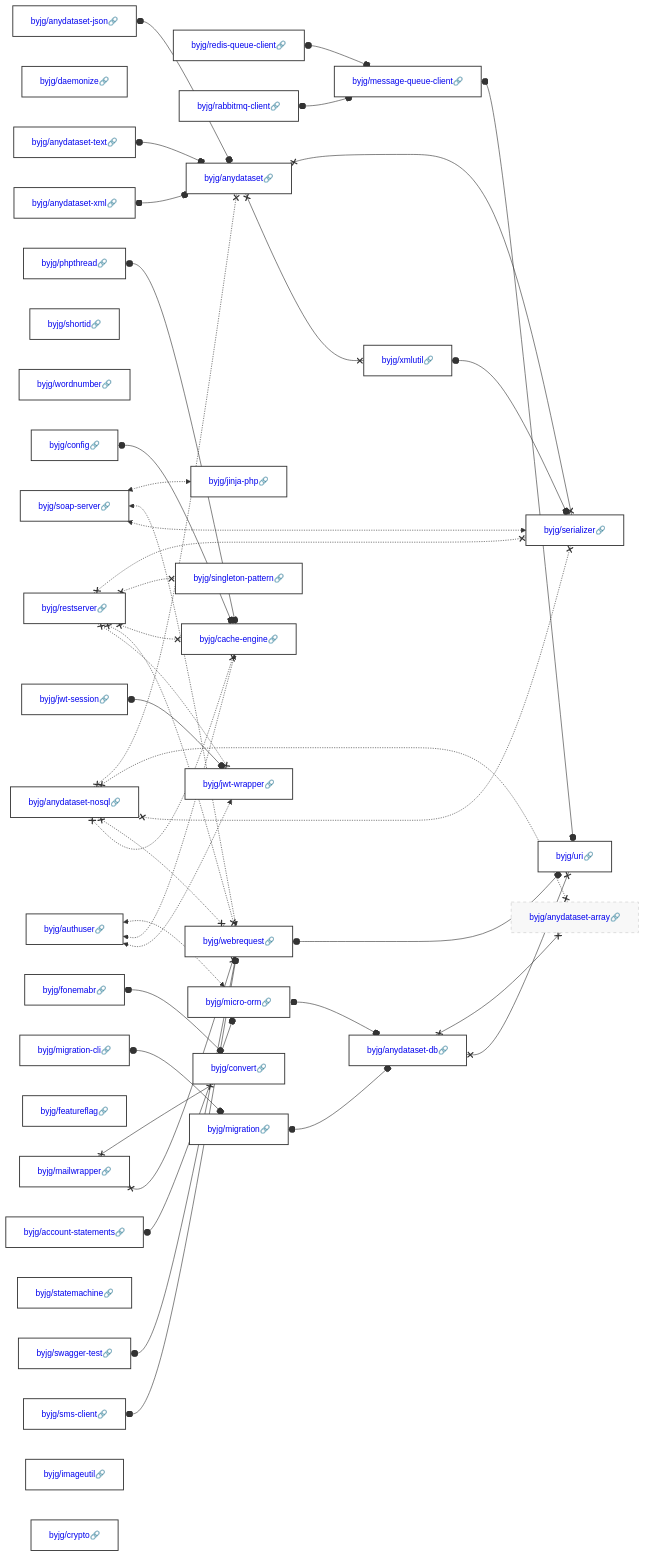
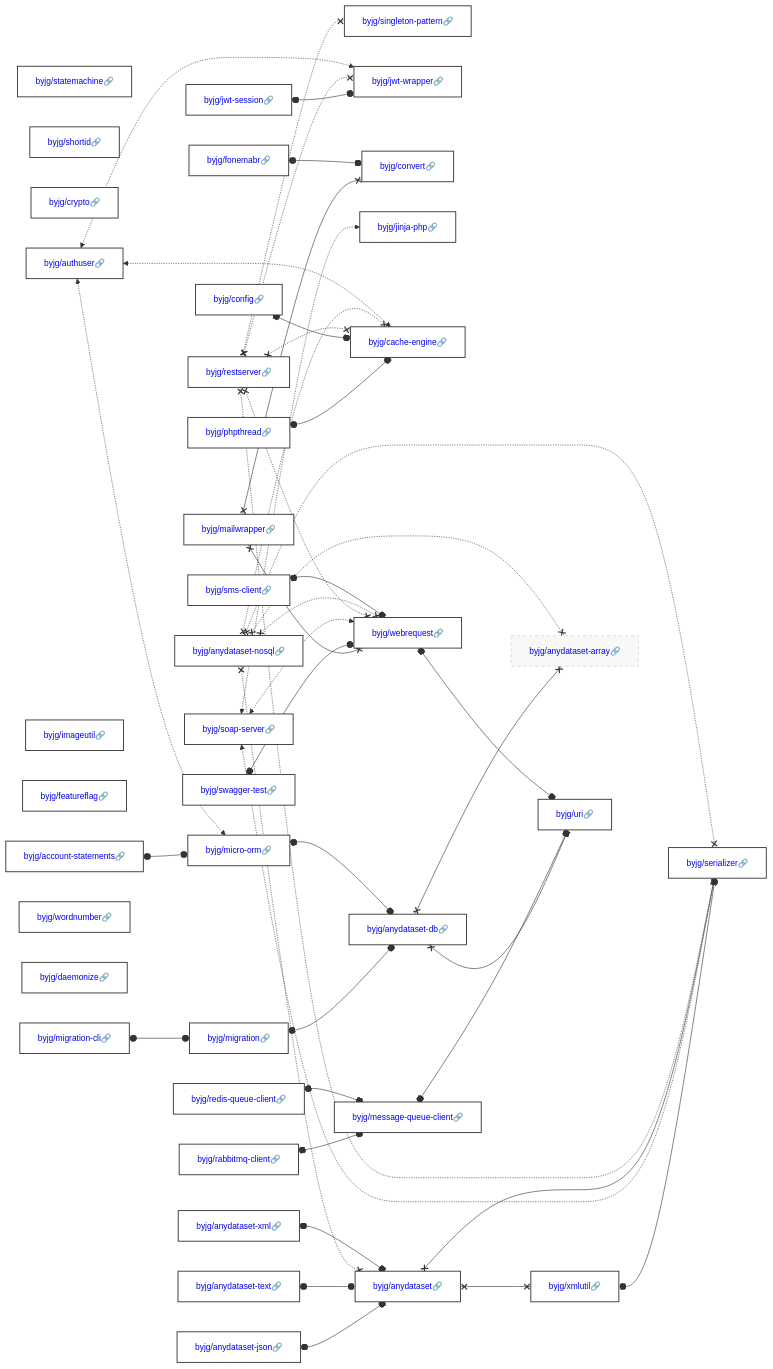
One commit to byjg/byjg.github.io changed the diagram in docs/php/README.md. Above: the diagram before and after it, drawn with Mermaid. The commit also changed other lines of this file and 13 other files, not shown here.

````diff
--- a/docs/php/README.md
+++ b/docs/php/README.md
@@ -3,39 +3,39 @@
 ```mermaid
 graph LR;
   byjg/anydataset-text[<a href='https://opensource.byjg.com/docs/php/anydataset-text' style='text-decoration:none'>byjg/anydataset-text🔗</a>];
+  byjg/statemachine[<a href='https://opensource.byjg.com/docs/php/statemachine' style='text-decoration:none'>byjg/statemachine🔗</a>];
+  byjg/phpthread[<a href='https://opensource.byjg.com/docs/php/phpthread' style='text-decoration:none'>byjg/phpthread🔗</a>];
+  byjg/shortid[<a href='https://opensource.byjg.com/docs/php/shortid' style='text-decoration:none'>byjg/shortid🔗</a>];
+  byjg/mailwrapper[<a href='https://opensource.byjg.com/docs/php/mailwrapper' style='text-decoration:none'>byjg/mailwrapper🔗</a>];
+  byjg/anydataset-json[<a href='https://opensource.byjg.com/docs/php/anydataset-json' style='text-decoration:none'>byjg/anydataset-json🔗</a>];
+  byjg/crypto[<a href='https://opensource.byjg.com/docs/php/crypto' style='text-decoration:none'>byjg/crypto🔗</a>];
+  byjg/anydataset-nosql[<a href='https://opensource.byjg.com/docs/php/anydataset-nosql' style='text-decoration:none'>byjg/anydataset-nosql🔗</a>];
+  byjg/account-statements[<a href='https://opensource.byjg.com/docs/php/account-statements' style='text-decoration:none'>byjg/account-statements🔗</a>];
+  byjg/jwt-session[<a href='https://opensource.byjg.com/docs/php/jwt-session' style='text-decoration:none'>byjg/jwt-session🔗</a>];
+  byjg/restserver[<a href='https://opensource.byjg.com/docs/php/restserver' style='text-decoration:none'>byjg/restserver🔗</a>];
+  byjg/rabbitmq-client[<a href='https://opensource.byjg.com/docs/php/rabbitmq-client' style='text-decoration:none'>byjg/rabbitmq-client🔗</a>];
+  byjg/imageutil[<a href='https://opensource.byjg.com/docs/php/imageutil' style='text-decoration:none'>byjg/imageutil🔗</a>];
+  byjg/featureflag[<a href='https://opensource.byjg.com/docs/php/featureflag' style='text-decoration:none'>byjg/featureflag🔗</a>];
+  byjg/swagger-test[<a href='https://opensource.byjg.com/docs/php/swagger-test' style='text-decoration:none'>byjg/swagger-test🔗</a>];
+  byjg/authuser[<a href='https://opensource.byjg.com/docs/php/authuser' style='text-decoration:none'>byjg/authuser🔗</a>];
+  byjg/wordnumber[<a href='https://opensource.byjg.com/docs/php/wordnumber' style='text-decoration:none'>byjg/wordnumber🔗</a>];
+  byjg/fonemabr[<a href='https://opensource.byjg.com/docs/php/fonemabr' style='text-decoration:none'>byjg/fonemabr🔗</a>];
+  byjg/soap-server[<a href='https://opensource.byjg.com/docs/php/soap-server' style='text-decoration:none'>byjg/soap-server🔗</a>];
+  byjg/config[<a href='https://opensource.byjg.com/docs/php/config' style='text-decoration:none'>byjg/config🔗</a>];
   byjg/daemonize[<a href='https://opensource.byjg.com/docs/php/daemonize' style='text-decoration:none'>byjg/daemonize🔗</a>];
-  byjg/jwt-session[<a href='https://opensource.byjg.com/docs/php/jwt-session' style='text-decoration:none'>byjg/jwt-session🔗</a>];
-  byjg/account-statements[<a href='https://opensource.byjg.com/docs/php/account-statements' style='text-decoration:none'>byjg/account-statements🔗</a>];
-  byjg/config[<a href='https://opensource.byjg.com/docs/php/config' style='text-decoration:none'>byjg/config🔗</a>];
-  byjg/shortid[<a href='https://opensource.byjg.com/docs/php/shortid' style='text-decoration:none'>byjg/shortid🔗</a>];
-  byjg/wordnumber[<a href='https://opensource.byjg.com/docs/php/wordnumber' style='text-decoration:none'>byjg/wordnumber🔗</a>];
-  byjg/restserver[<a href='https://opensource.byjg.com/docs/php/restserver' style='text-decoration:none'>byjg/restserver🔗</a>];
-  byjg/fonemabr[<a href='https://opensource.byjg.com/docs/php/fonemabr' style='text-decoration:none'>byjg/fonemabr🔗</a>];
-  byjg/anydataset-nosql[<a href='https://opensource.byjg.com/docs/php/anydataset-nosql' style='text-decoration:none'>byjg/anydataset-nosql🔗</a>];
-  byjg/soap-server[<a href='https://opensource.byjg.com/docs/php/soap-server' style='text-decoration:none'>byjg/soap-server🔗</a>];
-  byjg/anydataset-json[<a href='https://opensource.byjg.com/docs/php/anydataset-json' style='text-decoration:none'>byjg/anydataset-json🔗</a>];
-  byjg/swagger-test[<a href='https://opensource.byjg.com/docs/php/swagger-test' style='text-decoration:none'>byjg/swagger-test🔗</a>];
-  byjg/phpthread[<a href='https://opensource.byjg.com/docs/php/phpthread' style='text-decoration:none'>byjg/phpthread🔗</a>];
-  byjg/authuser[<a href='https://opensource.byjg.com/docs/php/authuser' style='text-decoration:none'>byjg/authuser🔗</a>];
+  byjg/anydataset-xml[<a href='https://opensource.byjg.com/docs/php/anydataset-xml' style='text-decoration:none'>byjg/anydataset-xml🔗</a>];
   byjg/redis-queue-client[<a href='https://opensource.byjg.com/docs/php/redis-queue-client' style='text-decoration:none'>byjg/redis-queue-client🔗</a>];
-  byjg/featureflag[<a href='https://opensource.byjg.com/docs/php/featureflag' style='text-decoration:none'>byjg/featureflag🔗</a>];
-  byjg/mailwrapper[<a href='https://opensource.byjg.com/docs/php/mailwrapper' style='text-decoration:none'>byjg/mailwrapper🔗</a>];
   byjg/sms-client[<a href='https://opensource.byjg.com/docs/php/sms-client' style='text-decoration:none'>byjg/sms-client🔗</a>];
-  byjg/statemachine[<a href='https://opensource.byjg.com/docs/php/statemachine' style='text-decoration:none'>byjg/statemachine🔗</a>];
-  byjg/anydataset-xml[<a href='https://opensource.byjg.com/docs/php/anydataset-xml' style='text-decoration:none'>byjg/anydataset-xml🔗</a>];
-  byjg/rabbitmq-client[<a href='https://opensource.byjg.com/docs/php/rabbitmq-client' style='text-decoration:none'>byjg/rabbitmq-client🔗</a>];
   byjg/migration-cli[<a href='https://opensource.byjg.com/docs/php/migration-cli' style='text-decoration:none'>byjg/migration-cli🔗</a>];
-  byjg/imageutil[<a href='https://opensource.byjg.com/docs/php/imageutil' style='text-decoration:none'>byjg/imageutil🔗</a>];
-  byjg/crypto[<a href='https://opensource.byjg.com/docs/php/crypto' style='text-decoration:none'>byjg/crypto🔗</a>];
   byjg/singleton-pattern[<a href='https://opensource.byjg.com/docs/php/singleton-pattern' style='text-decoration:none'>byjg/singleton-pattern🔗</a>];
-  byjg/jinja-php[<a href='https://opensource.byjg.com/docs/php/jinja-php' style='text-decoration:none'>byjg/jinja-php🔗</a>];
   byjg/micro-orm[<a href='https://opensource.byjg.com/docs/php/micro-orm' style='text-decoration:none'>byjg/micro-orm🔗</a>];
-  byjg/cache-engine[<a href='https://opensource.byjg.com/docs/php/cache-engine' style='text-decoration:none'>byjg/cache-engine🔗</a>];
   byjg/jwt-wrapper[<a href='https://opensource.byjg.com/docs/php/jwt-wrapper' style='text-decoration:none'>byjg/jwt-wrapper🔗</a>];
   byjg/convert[<a href='https://opensource.byjg.com/docs/php/convert' style='text-decoration:none'>byjg/convert🔗</a>];
-  byjg/webrequest[<a href='https://opensource.byjg.com/docs/php/webrequest' style='text-decoration:none'>byjg/webrequest🔗</a>];
+  byjg/jinja-php[<a href='https://opensource.byjg.com/docs/php/jinja-php' style='text-decoration:none'>byjg/jinja-php🔗</a>];
+  byjg/cache-engine[<a href='https://opensource.byjg.com/docs/php/cache-engine' style='text-decoration:none'>byjg/cache-engine🔗</a>];
   byjg/anydataset[<a href='https://opensource.byjg.com/docs/php/anydataset' style='text-decoration:none'>byjg/anydataset🔗</a>];
   byjg/message-queue-client[<a href='https://opensource.byjg.com/docs/php/message-queue-client' style='text-decoration:none'>byjg/message-queue-client🔗</a>];
+  byjg/webrequest[<a href='https://opensource.byjg.com/docs/php/webrequest' style='text-decoration:none'>byjg/webrequest🔗</a>];
   byjg/migration[<a href='https://opensource.byjg.com/docs/php/migration' style='text-decoration:none'>byjg/migration🔗</a>];
   byjg/xmlutil[<a href='https://opensource.byjg.com/docs/php/xmlutil' style='text-decoration:none'>byjg/xmlutil🔗</a>];
   byjg/anydataset-db[<a href='https://opensource.byjg.com/docs/php/anydataset-db' style='text-decoration:none'>byjg/anydataset-db🔗</a>];
````
